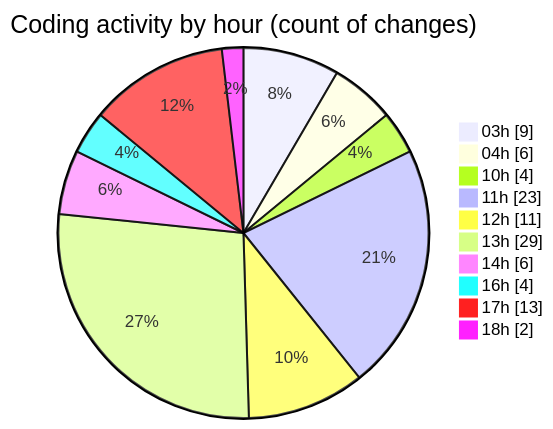
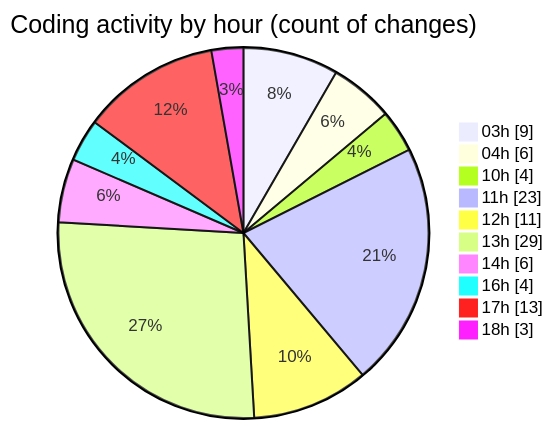
Before and after one commit to julien-gomy/code-tracking: the second of 2 diagrams in 2025-10-30/eventscop-frontend-guide__workspace_/README.md, drawn with Mermaid. The commit also changed other lines of this file and 1 other file, not shown here.

````diff
--- a/2025-10-30/eventscop-frontend-guide__workspace_/README.md
+++ b/2025-10-30/eventscop-frontend-guide__workspace_/README.md
@@ -51,14 +52,14 @@
 ```mermaid
 pie showData
 title Coding activity by hour (count of changes)
 "03h" : 9
 "04h" : 6
 "10h" : 4
 "11h" : 23
 "12h" : 11
 "13h" : 29
 "14h" : 6
 "16h" : 4
 "17h" : 13
-"18h" : 2
+"18h" : 3
 ```
````
